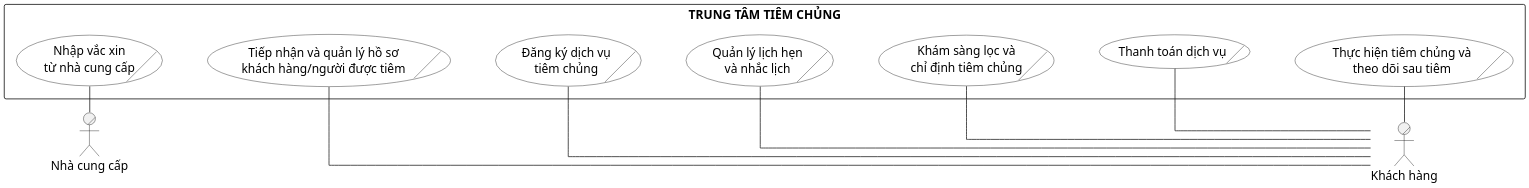
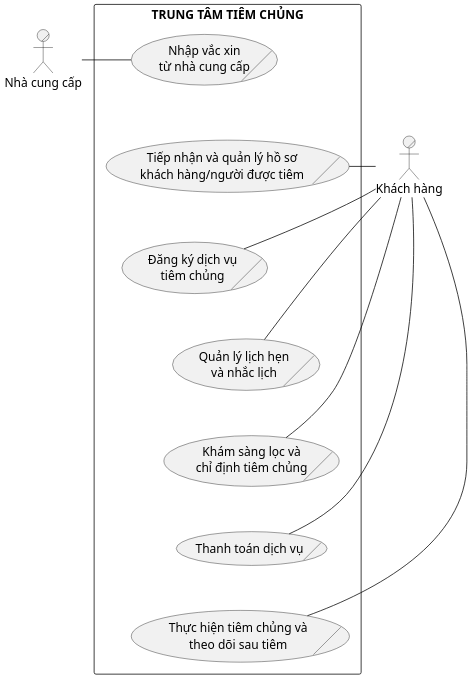
One commit to datngo1203/KLCN-QuanLyTiemChung changed the diagram in docs/thesis/uml/Hinh_2_1_Business_Use_Case_Tong_The.puml. Above: the diagram before and after it, drawn with PlantUML.

Commit message:
docs: restore approved business use case source layout

```diff
--- a/docs/thesis/uml/Hinh_2_1_Business_Use_Case_Tong_The.puml
+++ b/docs/thesis/uml/Hinh_2_1_Business_Use_Case_Tong_The.puml
@@ -1,46 +1,46 @@
 @startuml
-' HUIT UML Visual Profile v1
+' HUIT UML Visual Profile v1 - approved top-to-bottom layout
 skinparam monochrome true
 skinparam shadowing false
 skinparam backgroundColor white
 skinparam defaultFontName "Times New Roman"
 skinparam defaultFontSize 16
+skinparam ArrowColor black
 skinparam ActorBorderColor black
 skinparam UsecaseBorderColor black
-skinparam UsecaseBackgroundColor white
 skinparam RectangleBorderColor black
-skinparam RectangleBackgroundColor white
-skinparam linetype ortho
+skinparam packageStyle rectangle
 skinparam dpi 180
 
-left to right direction
+top to bottom direction
 
 actor/ "Nhà cung cấp" as Supplier
 actor/ "Khách hàng" as Customer
 
 rectangle "TRUNG TÂM TIÊM CHỦNG" as BusinessBoundary {
   usecase/ "Nhập vắc xin\ntừ nhà cung cấp" as BUC1
   usecase/ "Tiếp nhận và quản lý hồ sơ\nkhách hàng/người được tiêm" as BUC2
   usecase/ "Đăng ký dịch vụ\ntiêm chủng" as BUC3
   usecase/ "Quản lý lịch hẹn\nvà nhắc lịch" as BUC4
   usecase/ "Khám sàng lọc và\nchỉ định tiêm chủng" as BUC5
   usecase/ "Thanh toán dịch vụ" as BUC6
   usecase/ "Thực hiện tiêm chủng và\ntheo dõi sau tiêm" as BUC7
 
   BUC1 -[hidden]down- BUC2
   BUC2 -[hidden]down- BUC3
   BUC3 -[hidden]down- BUC4
   BUC4 -[hidden]down- BUC5
   BUC5 -[hidden]down- BUC6
   BUC6 -[hidden]down- BUC7
 }
 
+' Association Actor–Use Case: solid line, no arrowhead
 Supplier -right- BUC1
-BUC2 -right- Customer
-BUC3 -right- Customer
 BUC4 -right- Customer
-BUC5 -right- Customer
-BUC6 -right- Customer
-BUC7 -right- Customer
+Customer -- BUC2
+Customer -- BUC3
+Customer -- BUC5
+Customer -- BUC6
+Customer -- BUC7
 
 @enduml
```
